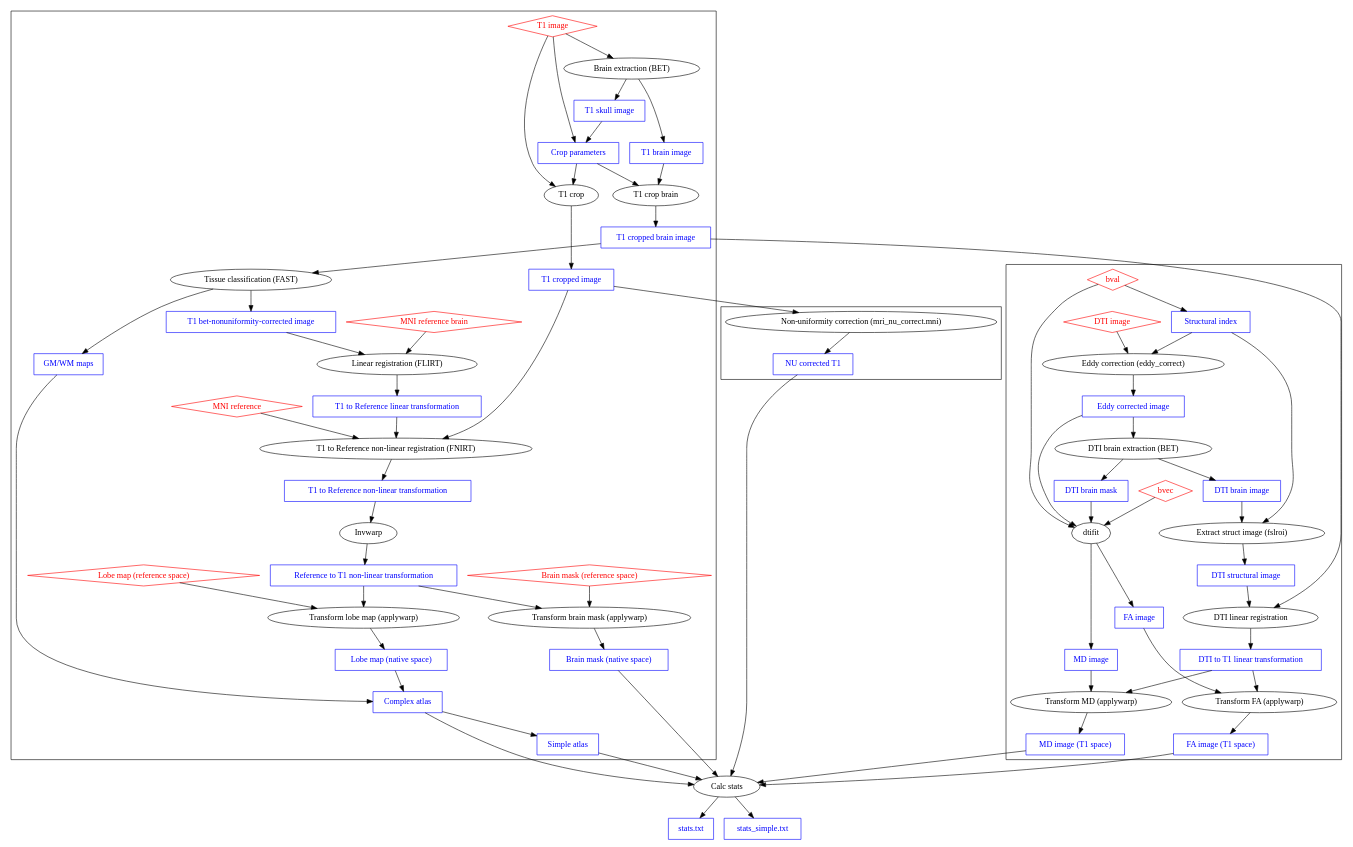
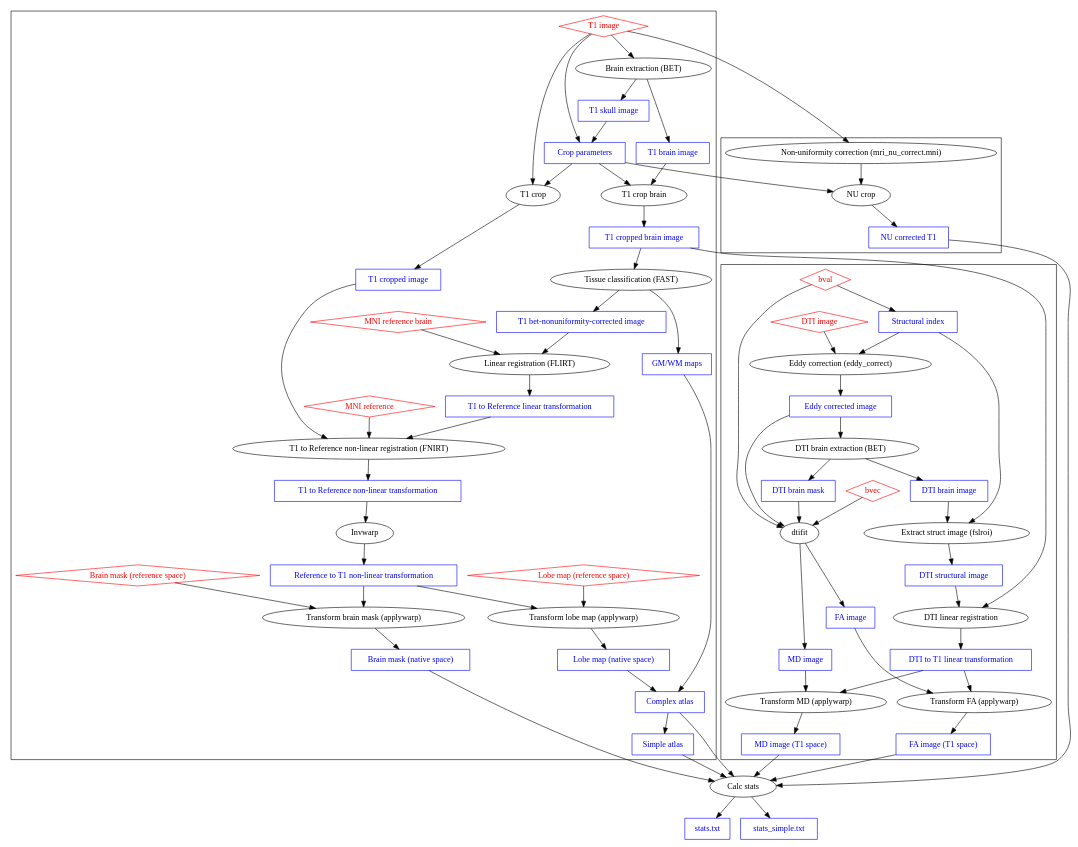
One commit to pndni/Charge_GM_WM_Properties_Pipeline changed the diagram in doc/pipeline.dot. Above: the diagram before and after it, drawn with Graphviz. The commit also changed 2 other files, not shown here.

Commit message:
do nu correction on raw T1

```diff
--- a/doc/pipeline.dot
+++ b/doc/pipeline.dot
@@ -1,79 +1,80 @@
 strict digraph Pipeline {
 subgraph Inputs {
 node [shape=diamond, color=red, fontcolor=red]
 "T1 image"
 "MNI reference"
 "MNI reference brain"
 "Lobe map (reference space)"
 "Brain mask (reference space)"
 "DTI image"
 "bvec"
 "bval"
 }
 subgraph Outputs {
 node[shape=rect, color=blue, fontcolor=blue];
 "T1 brain image" 
 "T1 cropped brain image" 
 "T1 cropped image"
 "T1 skull image"
 "GM/WM maps"
 "T1 bet-nonuniformity-corrected image"
 "Crop parameters"
 "T1 to Reference linear transformation"
 "T1 to Reference non-linear transformation"
 "Reference to T1 non-linear transformation"
 "Lobe map (native space)"
 "Brain mask (native space)"
 "NU corrected T1"
 "Eddy corrected image"
 "DTI brain mask"
 "FA image"
 "MD image"
 "FA image (T1 space)"
 "MD image (T1 space)"
 "DTI to T1 linear transformation"
 "stats.txt"
 "stats_simple.txt"
 "Complex atlas"
 "Simple atlas"
 "Structural index"
 "DTI brain image"
 "DTI structural image"
 }
 subgraph clustermaps{
 "T1 image" -> "Brain extraction (BET)" -> "T1 brain image"
 "Brain extraction (BET)" -> "T1 skull image"
 "T1 skull image" -> "Crop parameters"
 "T1 image" -> "Crop parameters"
 {"T1 image", "Crop parameters"} -> "T1 crop" -> "T1 cropped image"
 {"T1 brain image", "Crop parameters"} -> "T1 crop brain" -> "T1 cropped brain image"
 "T1 cropped brain image" -> "Tissue classification (FAST)"
 "Tissue classification (FAST)" -> {"GM/WM maps", "T1 bet-nonuniformity-corrected image"}
 {"T1 bet-nonuniformity-corrected image", "MNI reference brain"} -> "Linear registration (FLIRT)" -> "T1 to Reference linear transformation"
 {"T1 to Reference linear transformation", "T1 cropped image", "MNI reference"} -> "T1 to Reference non-linear registration (FNIRT)" -> "T1 to Reference non-linear transformation"
 {"T1 to Reference non-linear transformation" -> Invwarp -> "Reference to T1 non-linear transformation"}
 {"Lobe map (reference space)", "Reference to T1 non-linear transformation"} -> "Transform lobe map (applywarp)" -> "Lobe map (native space)"
 {"Brain mask (reference space)", "Reference to T1 non-linear transformation"} -> "Transform brain mask (applywarp)" -> "Brain mask (native space)"
 {"Lobe map (native space)", "GM/WM maps"} -> "Complex atlas"
 "Complex atlas" -> "Simple atlas"
 }
 
 subgraph "clusterT1 data" {
-"T1 cropped image" -> "Non-uniformity correction (mri_nu_correct.mni)" -> "NU corrected T1"
+"T1 image" -> "Non-uniformity correction (mri_nu_correct.mni)" -> "NU crop" -> "NU corrected T1"
+"Crop parameters" -> "NU crop"
 }
 
 subgraph "clusterDTI" {
 bval -> "Structural index"
 {"DTI image", "Structural index"} -> "Eddy correction (eddy_correct)" -> "Eddy corrected image"
 "Eddy corrected image" -> "DTI brain extraction (BET)" -> {"DTI brain mask", "DTI brain image"}
 {"Eddy corrected image", "bvec", "bval", "DTI brain mask"} -> dtifit -> {"FA image", "MD image"}
 {"DTI brain image", "Structural index"} -> "Extract struct image (fslroi)" -> "DTI structural image"
 {"DTI structural image", "T1 cropped brain image"} -> "DTI linear registration" -> "DTI to T1 linear transformation"
 {"DTI to T1 linear transformation", "FA image"} -> "Transform FA (applywarp)" -> "FA image (T1 space)"
 {"DTI to T1 linear transformation", "MD image"} -> "Transform MD (applywarp)" -> "MD image (T1 space)"
 }
 
 {"NU corrected T1", "Complex atlas", "Brain mask (native space)", "FA image (T1 space)", "MD image (T1 space)"} -> "Calc stats" -> "stats.txt"
 {"NU corrected T1", "Simple atlas", "Brain mask (native space)", "FA image (T1 space)", "MD image (T1 space)"} -> "Calc stats" -> "stats_simple.txt"
 
 }
```
